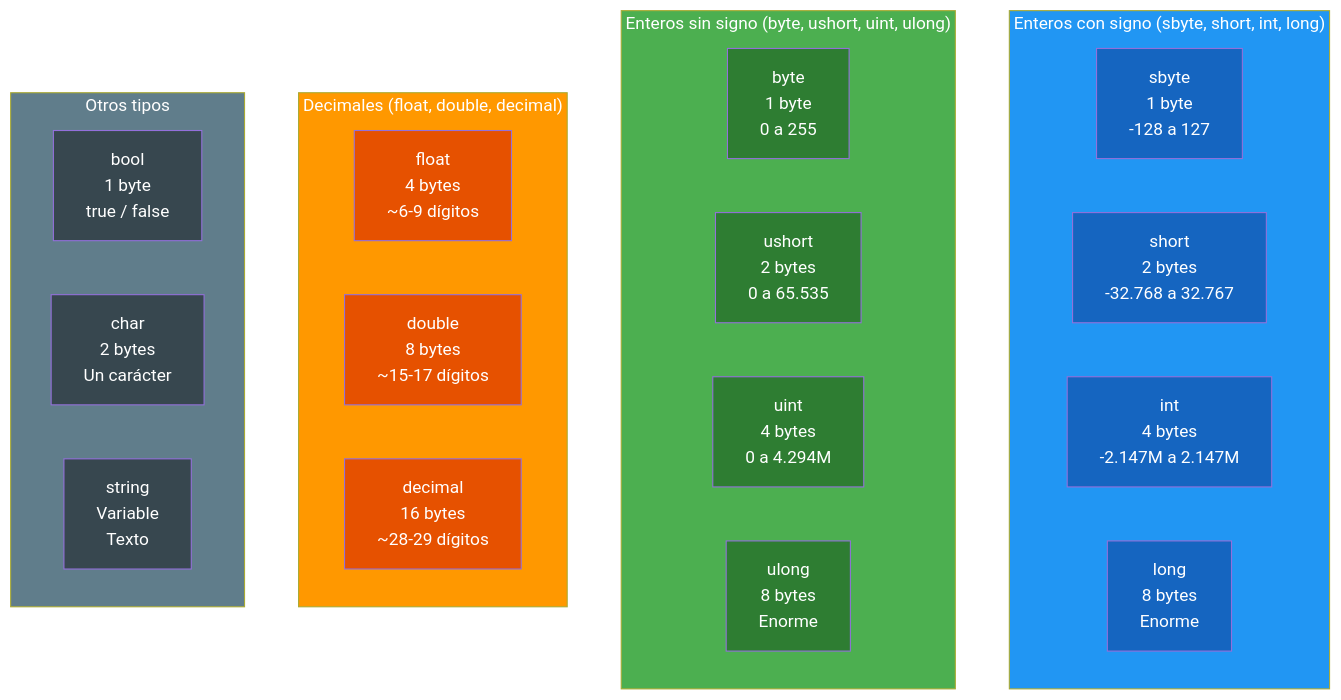
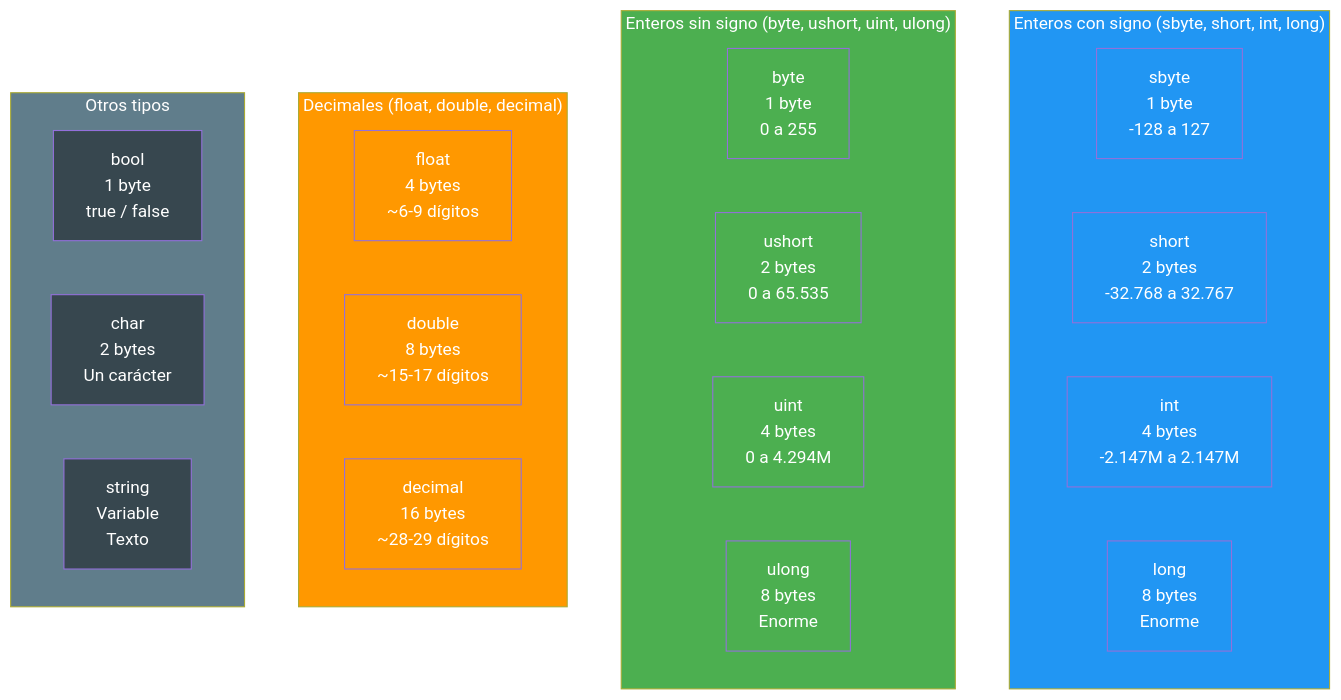
The second of 6 diagrams in 05-tipos-datos.md (joseluisgs/Programacion-01-2026-2027), drawn with Mermaid before and after one commit. The commit also changed other lines of this file and 10 other files, not shown here.

````diff
--- a/05-tipos-datos.md
+++ b/05-tipos-datos.md
@@ -82,47 +82,47 @@
 ```mermaid
 graph TB
     subgraph ENTEROS_CON_SIGNO ["Enteros con signo (sbyte, short, int, long)"]
         direction LR
         SBYTE["sbyte<br/>1 byte<br/>-128 a 127"]
         SHORT["short<br/>2 bytes<br/>-32.768 a 32.767"]
         INT["int<br/>4 bytes<br/>-2.147M a 2.147M"]
         LONG["long<br/>8 bytes<br/>Enorme"]
     end
     subgraph ENTEROS_SIN_SIGNO ["Enteros sin signo (byte, ushort, uint, ulong)"]
         direction LR
         BYTE["byte<br/>1 byte<br/>0 a 255"]
         USHORT["ushort<br/>2 bytes<br/>0 a 65.535"]
         UINT["uint<br/>4 bytes<br/>0 a 4.294M"]
         ULONG["ulong<br/>8 bytes<br/>Enorme"]
     end
     subgraph DECIMALES ["Decimales (float, double, decimal)"]
         direction LR
         FLOAT["float<br/>4 bytes<br/>~6-9 dígitos"]
         DOUBLE["double<br/>8 bytes<br/>~15-17 dígitos"]
         DECIMAL["decimal<br/>16 bytes<br/>~28-29 dígitos"]
     end
     subgraph OTROS ["Otros tipos"]
         direction LR
         BOOL["bool<br/>1 byte<br/>true / false"]
         CHAR["char<br/>2 bytes<br/>Un carácter"]
         STRING["string<br/>Variable<br/>Texto"]
     end
     style ENTEROS_CON_SIGNO fill:#2196F3,color:#fff
     style ENTEROS_SIN_SIGNO fill:#4CAF50,color:#fff
     style DECIMALES fill:#FF9800,color:#fff
     style OTROS fill:#607D8B,color:#fff
-    style SBYTE fill:#1565C0,color:#fff
-    style SHORT fill:#1565C0,color:#fff
-    style INT fill:#1565C0,color:#fff
-    style LONG fill:#1565C0,color:#fff
-    style BYTE fill:#2E7D32,color:#fff
-    style USHORT fill:#2E7D32,color:#fff
-    style UINT fill:#2E7D32,color:#fff
-    style ULONG fill:#2E7D32,color:#fff
-    style FLOAT fill:#E65100,color:#fff
-    style DOUBLE fill:#E65100,color:#fff
-    style DECIMAL fill:#E65100,color:#fff
+style SBYTE fill:#2196F3,color:#fff
+  style SHORT fill:#2196F3,color:#fff
+  style INT fill:#2196F3,color:#fff
+  style LONG fill:#2196F3,color:#fff
+  style BYTE fill:#4CAF50,color:#fff
+  style USHORT fill:#4CAF50,color:#fff
+  style UINT fill:#4CAF50,color:#fff
+  style ULONG fill:#4CAF50,color:#fff
+  style FLOAT fill:#FF9800,color:#fff
+  style DOUBLE fill:#FF9800,color:#fff
+  style DECIMAL fill:#FF9800,color:#fff
     style BOOL fill:#37474F,color:#fff
     style CHAR fill:#37474F,color:#fff
     style STRING fill:#37474F,color:#fff
 ```
````
